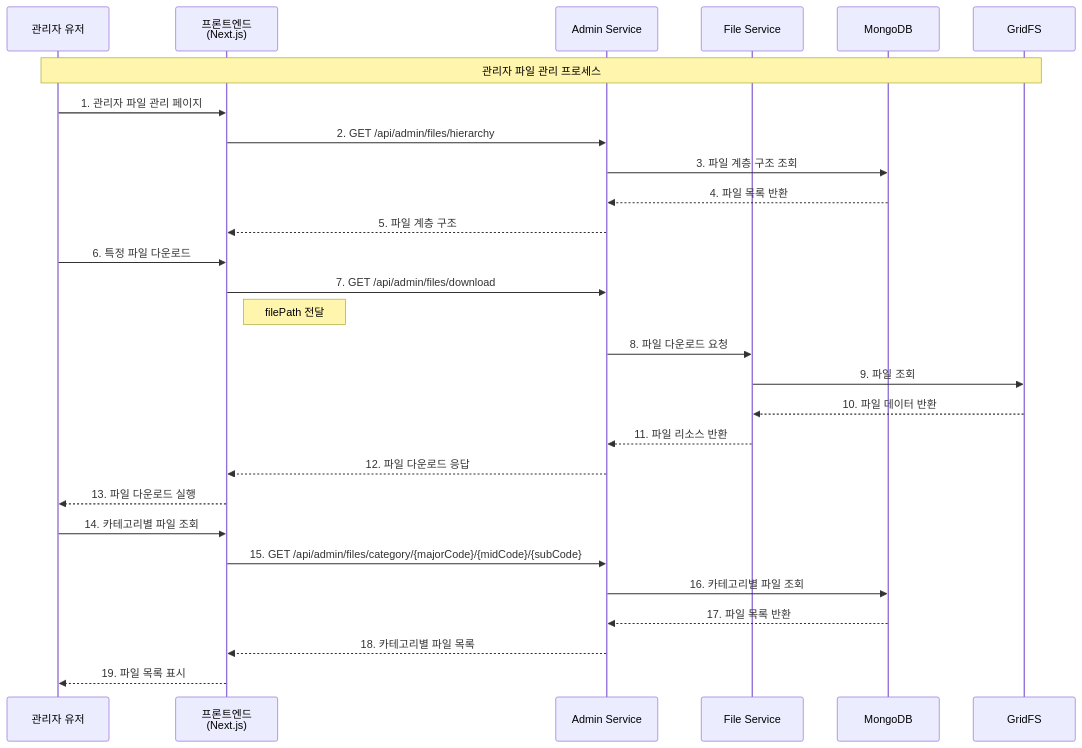
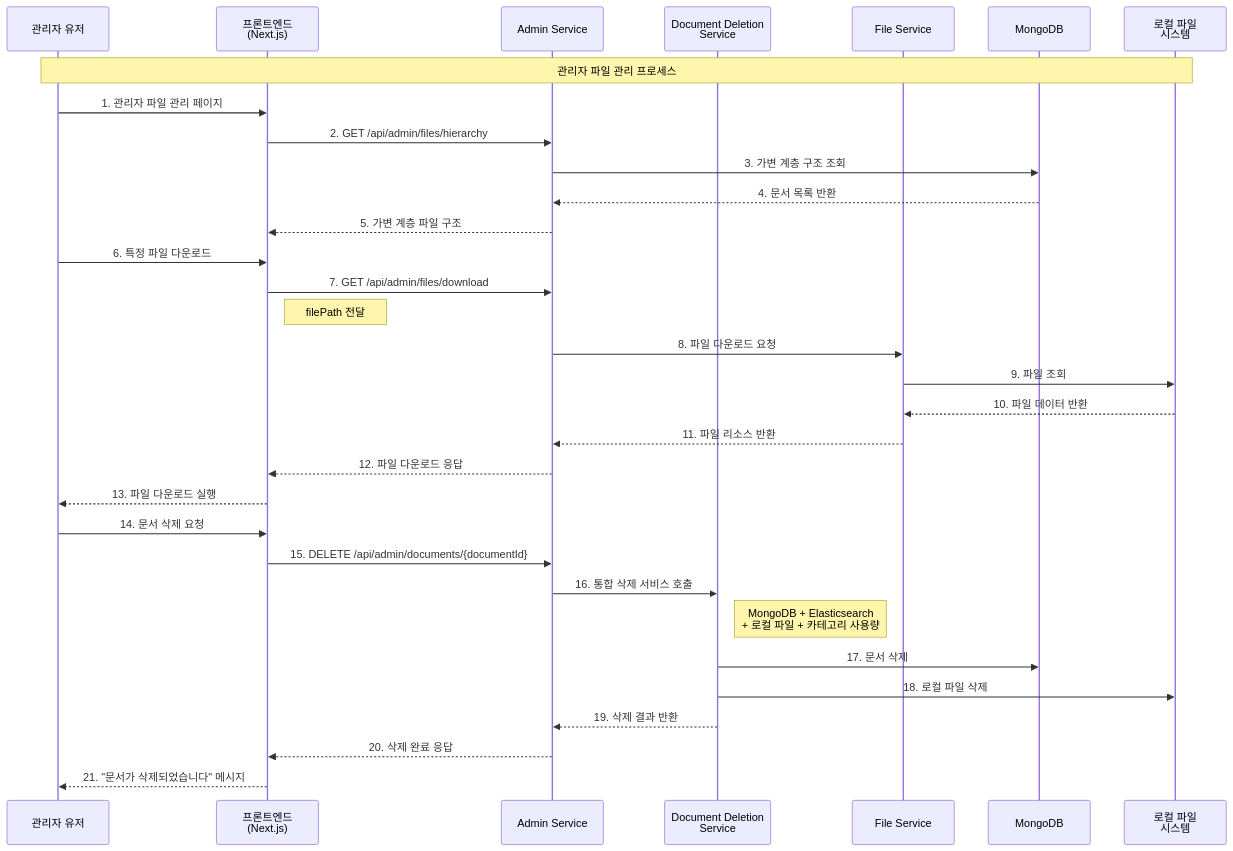
One commit to hadonas/kt-vibe-mdm changed the second of 2 diagrams in diagrams/file-download-sequence.md. Above: the diagram before and after it, drawn with Mermaid. The commit also changed other lines of this file and 7 other files, not shown here.

````diff
--- a/diagrams/file-download-sequence.md
+++ b/diagrams/file-download-sequence.md
@@ -47,34 +47,38 @@
 ```mermaid
 sequenceDiagram
     participant A as 관리자 유저
     participant F as 프론트엔드<br/>(Next.js)
     participant AS as Admin Service
+    participant DDS as Document Deletion<br/>Service
     participant FS as File Service
     participant M as MongoDB
-    participant GridFS as GridFS
+    participant LocalFS as 로컬 파일<br/>시스템
 
-    Note over A,GridFS: 관리자 파일 관리 프로세스
+    Note over A,LocalFS: 관리자 파일 관리 프로세스
 
     A->>F: 1. 관리자 파일 관리 페이지
     F->>AS: 2. GET /api/admin/files/hierarchy
-    AS->>M: 3. 파일 계층 구조 조회
-    M-->>AS: 4. 파일 목록 반환
-    AS-->>F: 5. 파일 계층 구조
+    AS->>M: 3. 가변 계층 구조 조회
+    M-->>AS: 4. 문서 목록 반환
+    AS-->>F: 5. 가변 계층 파일 구조
 
     A->>F: 6. 특정 파일 다운로드
     F->>AS: 7. GET /api/admin/files/download
     Note right of F: filePath 전달
     AS->>FS: 8. 파일 다운로드 요청
-    FS->>GridFS: 9. 파일 조회
-    GridFS-->>FS: 10. 파일 데이터 반환
+    FS->>LocalFS: 9. 파일 조회
+    LocalFS-->>FS: 10. 파일 데이터 반환
     FS-->>AS: 11. 파일 리소스 반환
     AS-->>F: 12. 파일 다운로드 응답
     F-->>A: 13. 파일 다운로드 실행
 
-    A->>F: 14. 카테고리별 파일 조회
-    F->>AS: 15. GET /api/admin/files/category/{majorCode}/{midCode}/{subCode}
-    AS->>M: 16. 카테고리별 파일 조회
-    M-->>AS: 17. 파일 목록 반환
-    AS-->>F: 18. 카테고리별 파일 목록
-    F-->>A: 19. 파일 목록 표시
+    A->>F: 14. 문서 삭제 요청
+    F->>AS: 15. DELETE /api/admin/documents/{documentId}
+    AS->>DDS: 16. 통합 삭제 서비스 호출
+    Note right of DDS: MongoDB + Elasticsearch<br/>+ 로컬 파일 + 카테고리 사용량
+    DDS->>M: 17. 문서 삭제
+    DDS->>LocalFS: 18. 로컬 파일 삭제
+    DDS-->>AS: 19. 삭제 결과 반환
+    AS-->>F: 20. 삭제 완료 응답
+    F-->>A: 21. "문서가 삭제되었습니다" 메시지
 ```
````
